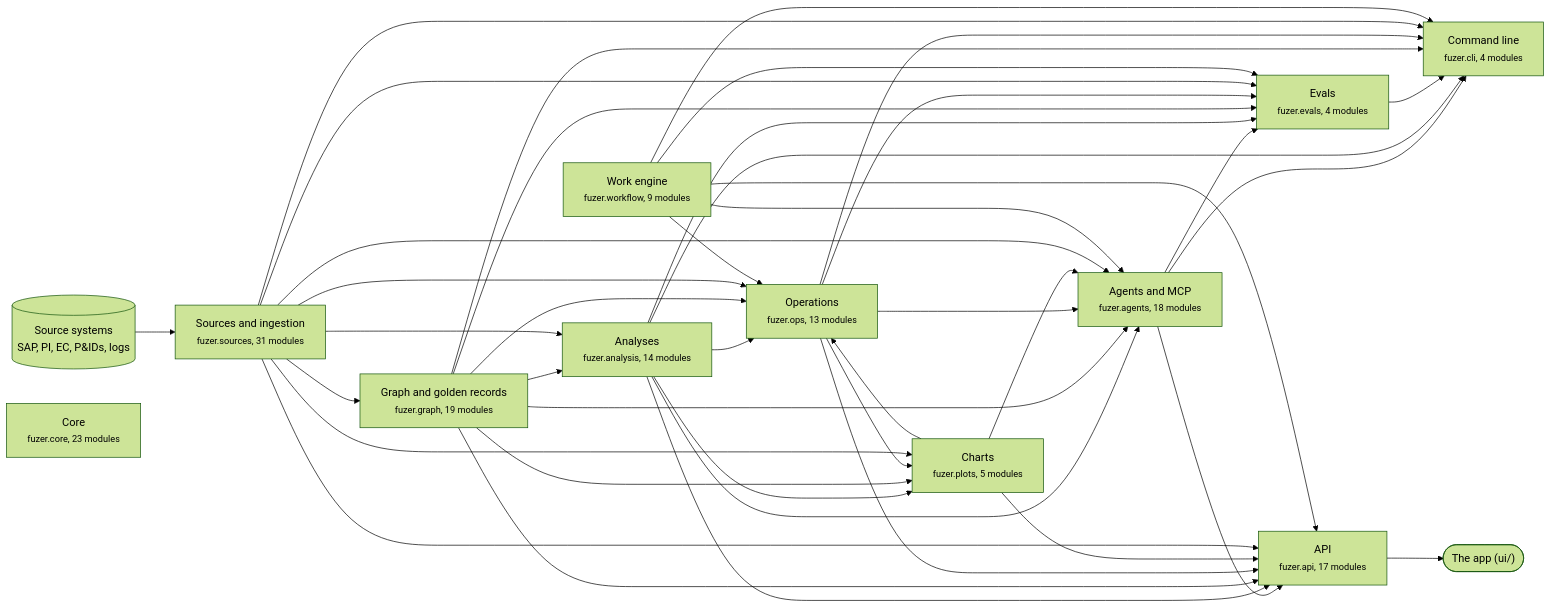
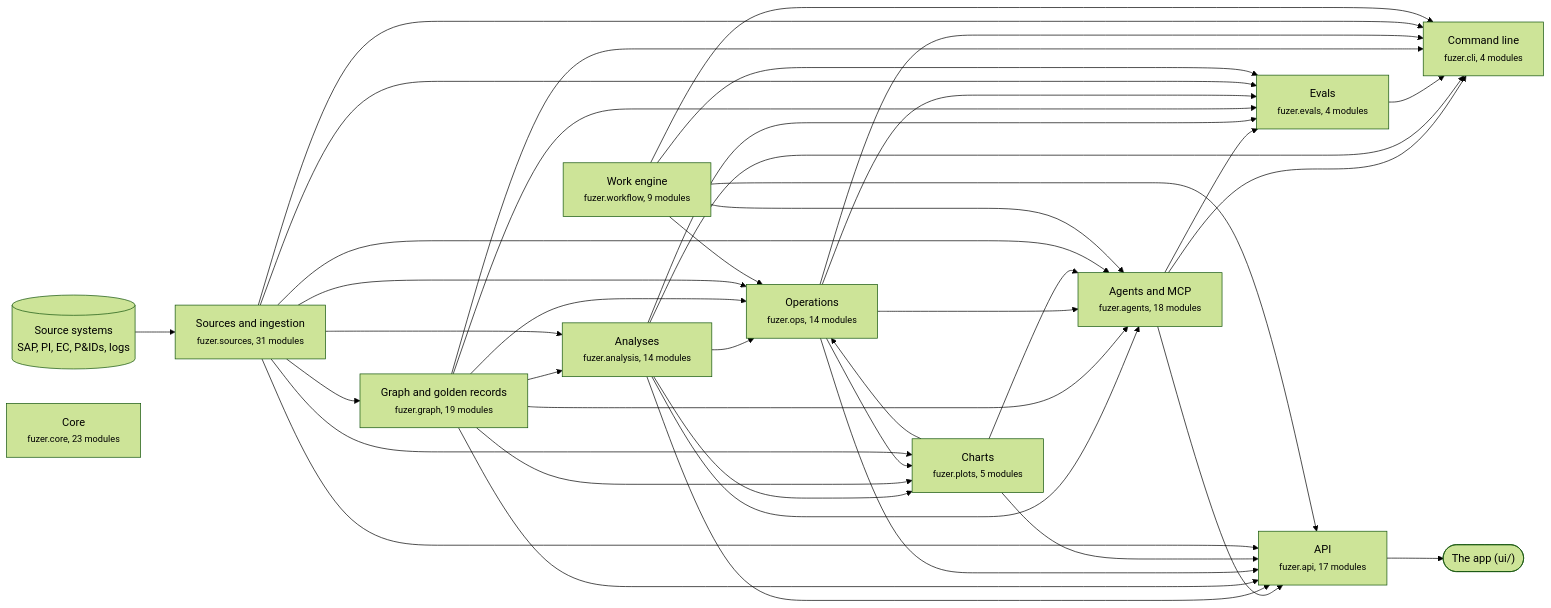
The first of 3 diagrams in docs/architecture.md (areed145/fuzer), drawn with Mermaid (forest theme) before and after one commit. The commit also changed other lines of this file and 15 other files, not shown here.

````diff
--- a/docs/architecture.md
+++ b/docs/architecture.md
@@ -8,66 +8,66 @@
 ```mermaid
 flowchart LR
   systems[("Source systems<br>SAP, PI, EC, P&IDs, logs")] --> c_sources
   app(["The app (ui/)"])
   c_api --> app
   c_sources["Sources and ingestion<br><small>fuzer.sources, 31 modules</small>"]
   c_graph["Graph and golden records<br><small>fuzer.graph, 19 modules</small>"]
   c_analysis["Analyses<br><small>fuzer.analysis, 14 modules</small>"]
-  c_ops["Operations<br><small>fuzer.ops, 13 modules</small>"]
+  c_ops["Operations<br><small>fuzer.ops, 14 modules</small>"]
   c_plots["Charts<br><small>fuzer.plots, 5 modules</small>"]
   c_workflow["Work engine<br><small>fuzer.workflow, 9 modules</small>"]
   c_agents["Agents and MCP<br><small>fuzer.agents, 18 modules</small>"]
   c_evals["Evals<br><small>fuzer.evals, 4 modules</small>"]
   c_api["API<br><small>fuzer.api, 17 modules</small>"]
   c_cli["Command line<br><small>fuzer.cli, 4 modules</small>"]
   c_core["Core<br><small>fuzer.core, 23 modules</small>"]
   c_sources --> c_graph
   c_graph --> c_analysis
   c_sources --> c_analysis
   c_analysis --> c_ops
   c_graph --> c_ops
   c_plots --> c_ops
   c_sources --> c_ops
   c_workflow --> c_ops
   c_analysis --> c_plots
   c_graph --> c_plots
   c_ops --> c_plots
   c_sources --> c_plots
   c_analysis --> c_agents
   c_graph --> c_agents
   c_ops --> c_agents
   c_plots --> c_agents
   c_sources --> c_agents
   c_workflow --> c_agents
   c_agents --> c_evals
   c_analysis --> c_evals
   c_graph --> c_evals
   c_ops --> c_evals
   c_sources --> c_evals
   c_workflow --> c_evals
   c_agents --> c_api
   c_analysis --> c_api
   c_graph --> c_api
   c_ops --> c_api
   c_plots --> c_api
   c_sources --> c_api
   c_workflow --> c_api
   c_agents --> c_cli
   c_analysis --> c_cli
   c_evals --> c_cli
   c_graph --> c_cli
   c_ops --> c_cli
   c_sources --> c_cli
   c_workflow --> c_cli
   click c_sources "https://github.com/areed145/fuzer/tree/main/src/fuzer/sources"
   click c_graph "https://github.com/areed145/fuzer/tree/main/src/fuzer/graph"
   click c_analysis "https://github.com/areed145/fuzer/tree/main/src/fuzer/analysis"
   click c_ops "https://github.com/areed145/fuzer/tree/main/src/fuzer/ops"
   click c_plots "https://github.com/areed145/fuzer/tree/main/src/fuzer/plots"
   click c_workflow "https://github.com/areed145/fuzer/tree/main/src/fuzer/workflow"
   click c_agents "https://github.com/areed145/fuzer/tree/main/src/fuzer/agents"
   click c_evals "https://github.com/areed145/fuzer/tree/main/src/fuzer/evals"
   click c_api "https://github.com/areed145/fuzer/tree/main/src/fuzer/api"
   click c_cli "https://github.com/areed145/fuzer/tree/main/src/fuzer/cli"
   click c_core "https://github.com/areed145/fuzer/tree/main/src/fuzer/core"
 ```
````
